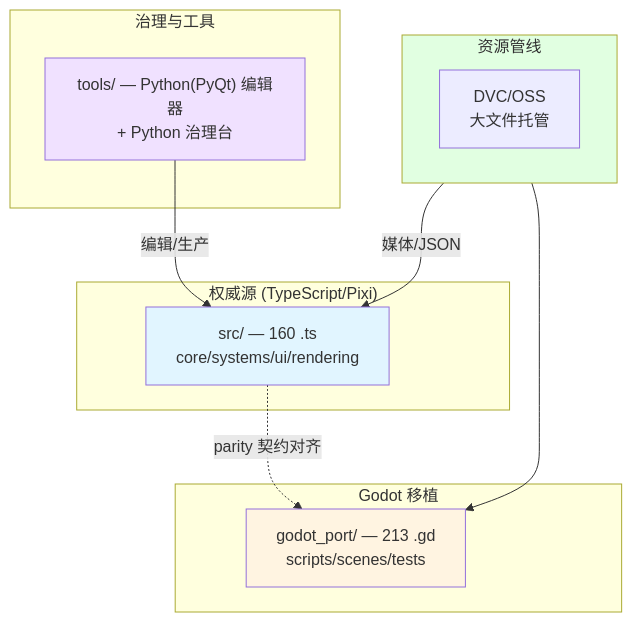
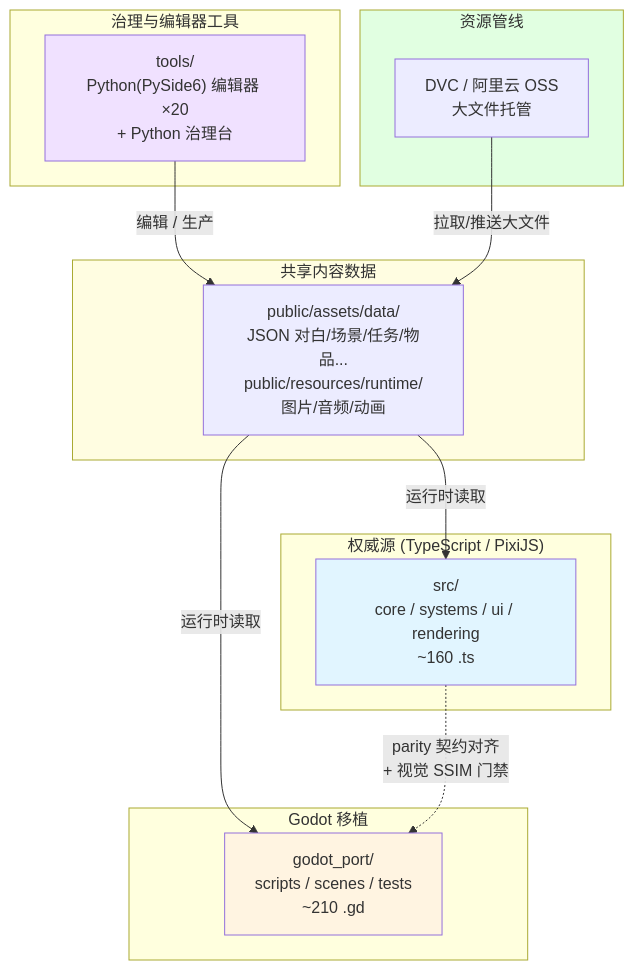
Before and after one commit to wubugui/GDoc: the diagram in docs/dev/architecture.md, drawn with Mermaid. The commit also changed other lines of this file and 10 other files, not shown here.

````diff
--- a/docs/dev/architecture.md
+++ b/docs/dev/architecture.md
@@ -27,24 +30,30 @@
 ```mermaid
 graph TB
-    subgraph 权威源["权威源 (TypeScript/Pixi)"]
-        SRC["src/ — 160 .ts<br/>core/systems/ui/rendering"]
+    subgraph 权威源["权威源 (TypeScript / PixiJS)"]
+        SRC["src/<br/>core / systems / ui / rendering<br/>~160 .ts"]
     end
     subgraph 移植["Godot 移植"]
-        GD["godot_port/ — 213 .gd<br/>scripts/scenes/tests"]
+        GD["godot_port/<br/>scripts / scenes / tests<br/>~210 .gd"]
     end
-    subgraph 治理["治理与工具"]
-        TOOLS["tools/ — Python(PyQt) 编辑器<br/>+ Python 治理台"]
+    subgraph 治理["治理与编辑器工具"]
+        TOOLS["tools/<br/>Python(PySide6) 编辑器 ×20<br/>+ Python 治理台"]
+    end
+    subgraph 数据["共享内容数据"]
+        JSON["public/assets/data/<br/>JSON 对白/场景/任务/物品...<br/>public/resources/runtime/<br/>图片/音频/动画"]
     end
     subgraph 资源["资源管线"]
-        DVC["DVC/OSS<br/>大文件托管"]
+        DVC["DVC / 阿里云 OSS<br/>大文件托管"]
     end
-    SRC -.->|"parity 契约对齐"| GD
-    TOOLS -->|"编辑/生产"| SRC
-    资源 -->|"媒体/JSON"| SRC
-    资源 --> GD
+
+    TOOLS -->|"编辑 / 生产"| JSON
+    JSON -->|"运行时读取"| SRC
+    JSON -->|"运行时读取"| GD
+    SRC -.->|"parity 契约对齐<br/>+ 视觉 SSIM 门禁"| GD
+    DVC -->|"拉取/推送大文件"| JSON
 
     style SRC fill:#e1f5ff
     style GD fill:#fff4e1
     style TOOLS fill:#f0e1ff
+    style 数据 fill:#fffde1
     style 资源 fill:#e1ffe1
 ```
````
